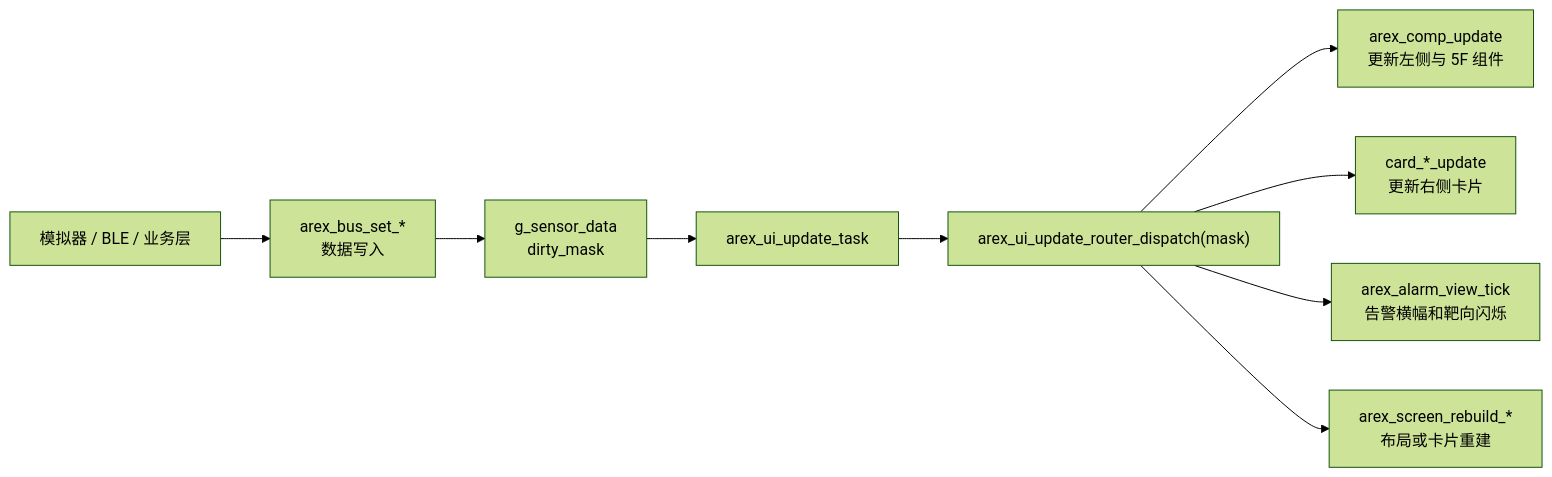
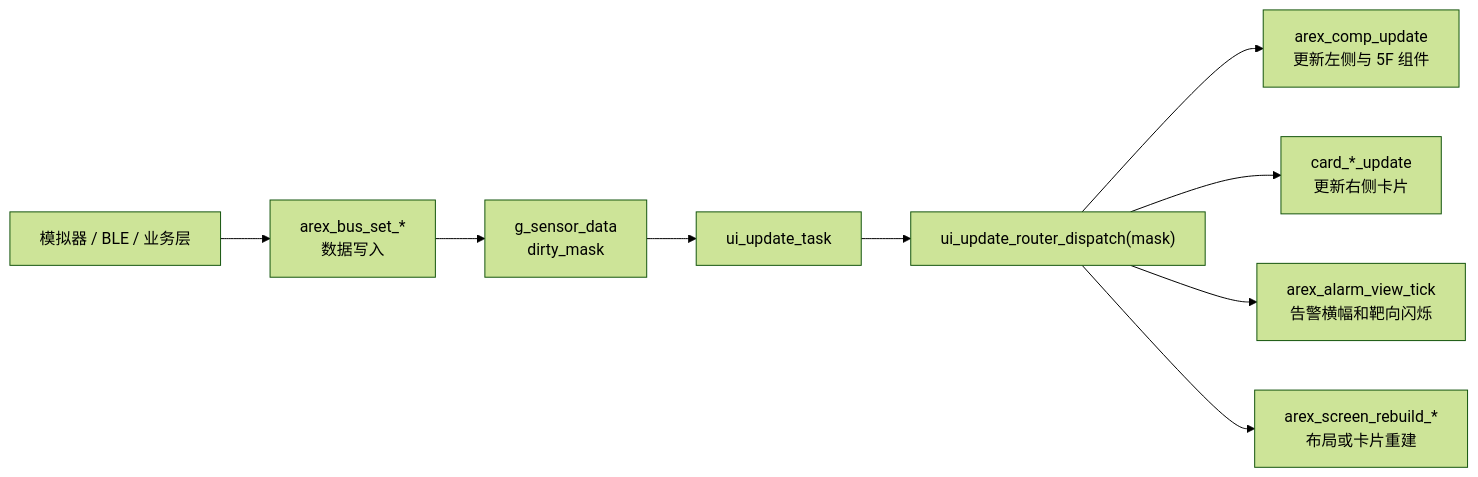
Before and after one commit to arexvision/lv_port_win_codeblocks-release-v8.3_hasGroup: the second of 6 diagrams in UI_html_DOC/AREX_UI_MODULE_MAP.md, drawn with Mermaid (forest theme). The commit also changed other lines of this file and 107 other files, not shown here.

````diff
--- a/UI_html_DOC/AREX_UI_MODULE_MAP.md
+++ b/UI_html_DOC/AREX_UI_MODULE_MAP.md
@@ -48,11 +48,11 @@
 ```mermaid
 flowchart LR
     Sim["模拟器 / BLE / 业务层"] --> Bus["arex_bus_set_*<br/>数据写入"]
     Bus --> Sensor["g_sensor_data<br/>dirty_mask"]
-    Sensor --> Tick["arex_ui_update_task"]
-    Tick --> Router["arex_ui_update_router_dispatch(mask)"]
+    Sensor --> Tick["ui_update_task"]
+    Tick --> Router["ui_update_router_dispatch(mask)"]
     Router --> Widgets["arex_comp_update<br/>更新左侧与 5F 组件"]
     Router --> Cards["card_*_update<br/>更新右侧卡片"]
     Router --> AlarmView["arex_alarm_view_tick<br/>告警横幅和靶向闪烁"]
     Router --> ScreenRebuild["arex_screen_rebuild_*<br/>布局或卡片重建"]
 ```
````
